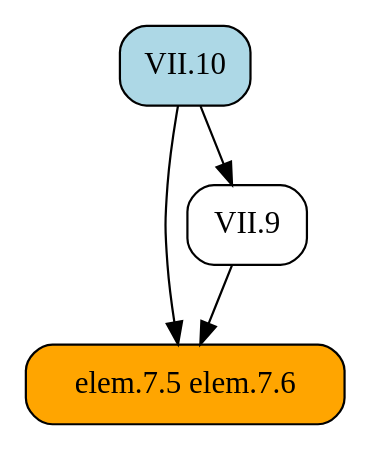
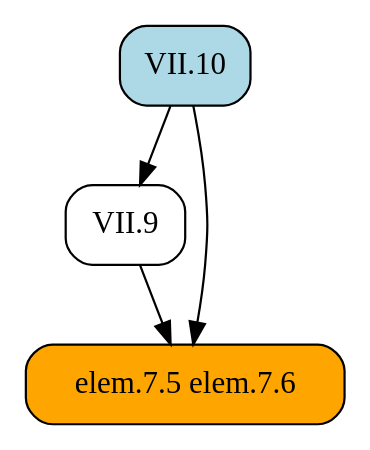
One commit to geometor/elements changed the diagram in docsrc/heath/VII/10/index.rst. Above: the diagram before and after it, drawn with Graphviz. The commit also changed other lines of this file and 484 other files, not shown here.

```diff
--- a/docsrc/heath/VII/10/index.rst
+++ b/docsrc/heath/VII/10/index.rst
@@ -32,12 +32,12 @@
 .. graphviz::
 
    digraph {
      rankdir="TB";
      node [shape=box, style=rounded];
+     "VII.9" [URL="/heath/VII/9/", target="_top"];
      "elem.7.5 elem.7.6" [style="rounded,filled", fillcolor=orange];
      "VII.10" [style="rounded,filled", fillcolor=lightblue, URL="/heath/VII/10/", target="_top"];
-     "VII.9" [URL="/heath/VII/9/", target="_top"];
+     "VII.10" -> "VII.9";
      "VII.9" -> "elem.7.5 elem.7.6";
      "VII.10" -> "elem.7.5 elem.7.6";
-     "VII.10" -> "VII.9";
    }
```
